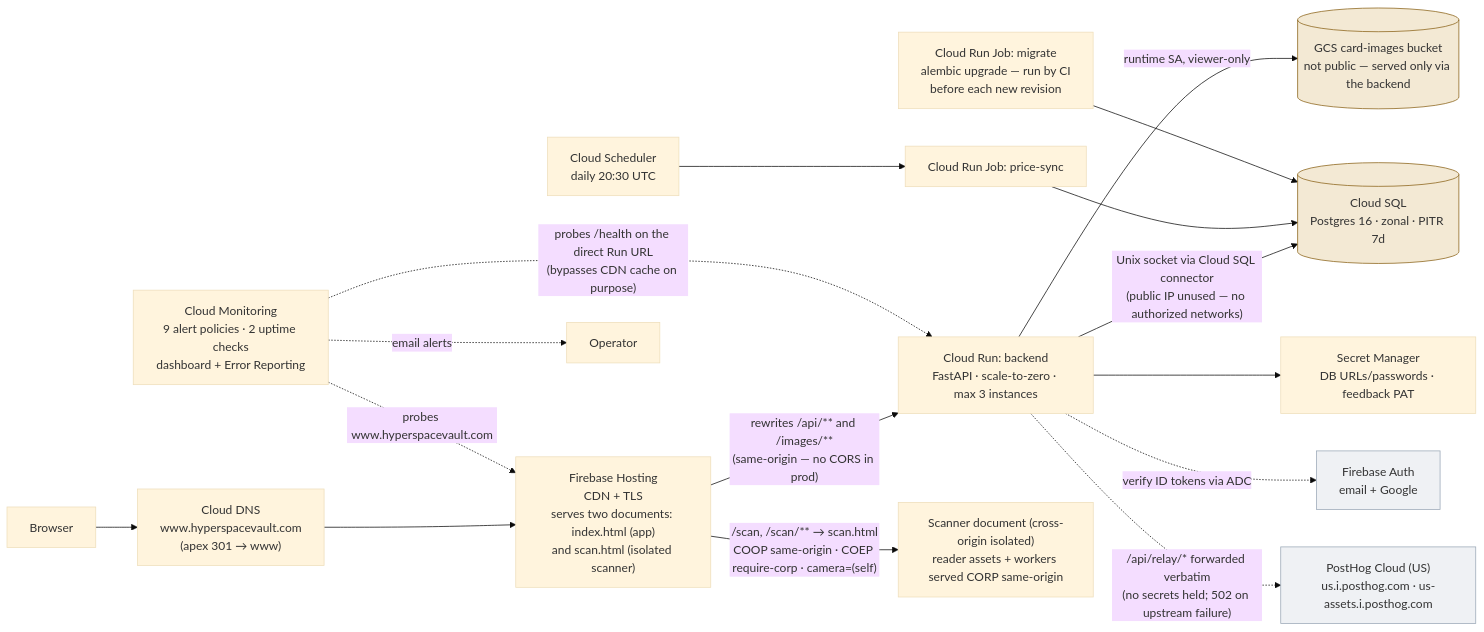
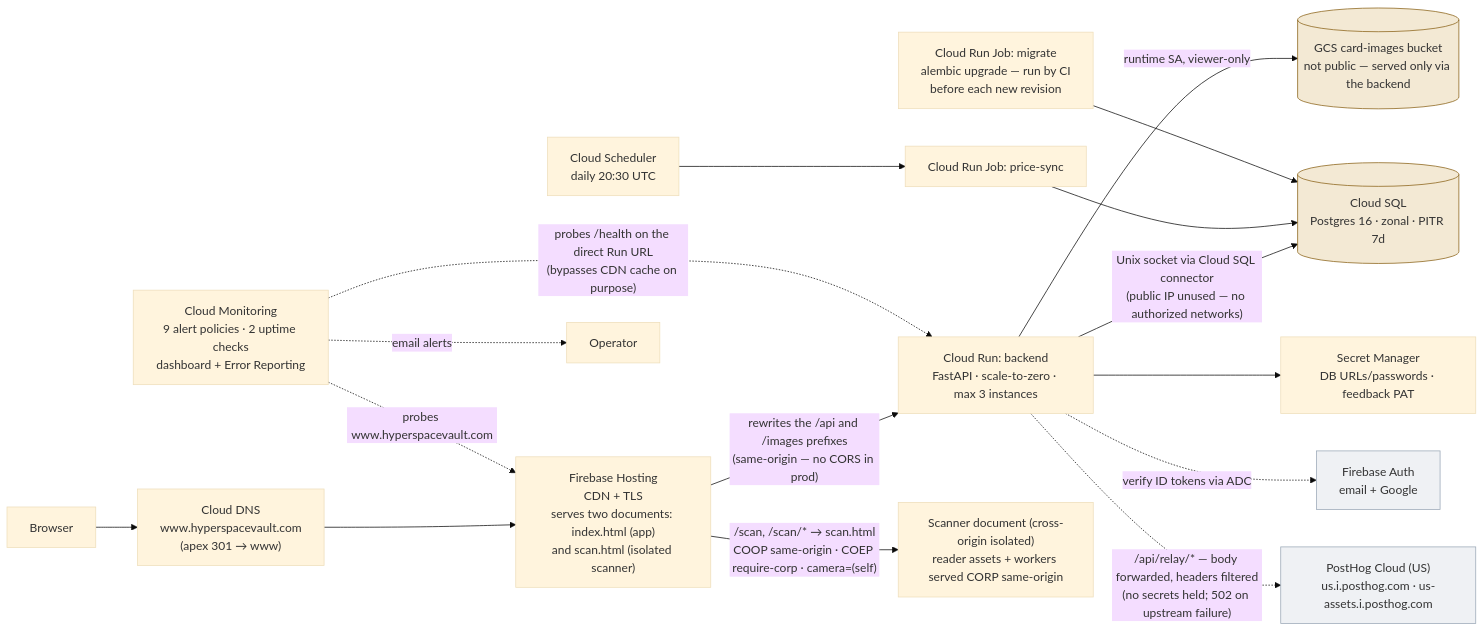
The first of 2 diagrams in specification_documents/architecture/Architecture_Physical.md (whitebreadisu/hyperspacevault), drawn with Mermaid (base theme) before and after one commit. The commit also changed other lines of this file and 5 other files, not shown here.

````diff
--- a/specification_documents/architecture/Architecture_Physical.md
+++ b/specification_documents/architecture/Architecture_Physical.md
@@ -13,26 +13,26 @@
 ```mermaid
 flowchart LR
   user["Browser"] --> dns["Cloud DNS<br/>www.hyperspacevault.com<br/>(apex 301 → www)"]
   dns --> hosting["Firebase Hosting<br/>CDN + TLS<br/>serves two documents: index.html (app)<br/>and scan.html (isolated scanner)"]
-  hosting -->|"rewrites /api/** and /images/**<br/>(same-origin — no CORS in prod)"| run["Cloud Run: backend<br/>FastAPI · scale-to-zero · max 3 instances"]
+  hosting -->|"rewrites the /api and /images prefixes<br/>(same-origin — no CORS in prod)"| run["Cloud Run: backend<br/>FastAPI · scale-to-zero · max 3 instances"]
   run -->|"Unix socket via Cloud SQL connector<br/>(public IP unused — no authorized networks)"| sql[("Cloud SQL<br/>Postgres 16 · zonal · PITR 7d")]
   run -->|"runtime SA, viewer-only"| gcs[("GCS card-images bucket<br/>not public — served only via the backend")]
   run --> sm["Secret Manager<br/>DB URLs/passwords · feedback PAT"]
   run -.->|"verify ID tokens via ADC"| fauth["Firebase Auth<br/>email + Google"]
-  run -.->|"/api/relay/* forwarded verbatim<br/>(no secrets held; 502 on upstream failure)"| posthog["PostHog Cloud (US)<br/>us.i.posthog.com · us-assets.i.posthog.com"]
+  run -.->|"/api/relay/* — body forwarded, headers filtered<br/>(no secrets held; 502 on upstream failure)"| posthog["PostHog Cloud (US)<br/>us.i.posthog.com · us-assets.i.posthog.com"]
 
   sched["Cloud Scheduler<br/>daily 20:30 UTC"] --> psync["Cloud Run Job: price-sync"]
   psync --> sql
   migrate["Cloud Run Job: migrate<br/>alembic upgrade — run by CI<br/>before each new revision"] --> sql
 
   mon["Cloud Monitoring<br/>9 alert policies · 2 uptime checks<br/>dashboard + Error Reporting"] -.->|"email alerts"| owner["Operator"]
   mon -.->|"probes /health on the direct Run URL<br/>(bypasses CDN cache on purpose)"| run
   mon -.->|"probes www.hyperspacevault.com"| hosting
 
-  hosting -->|"/scan, /scan/** → scan.html<br/>COOP same-origin · COEP require-corp · camera=(self)"| scandoc["Scanner document (cross-origin isolated)<br/>reader assets + workers served CORP same-origin"]
+  hosting -->|"/scan, /scan/* → scan.html<br/>COOP same-origin · COEP require-corp · camera=(self)"| scandoc["Scanner document (cross-origin isolated)<br/>reader assets + workers served CORP same-origin"]
 
   classDef store fill:#F3E9D4,stroke:#8A6116;
   class sql,gcs store;
   classDef ext fill:#EFF1F4,stroke:#9AA8B6;
   class fauth,posthog ext;
 ```
````
